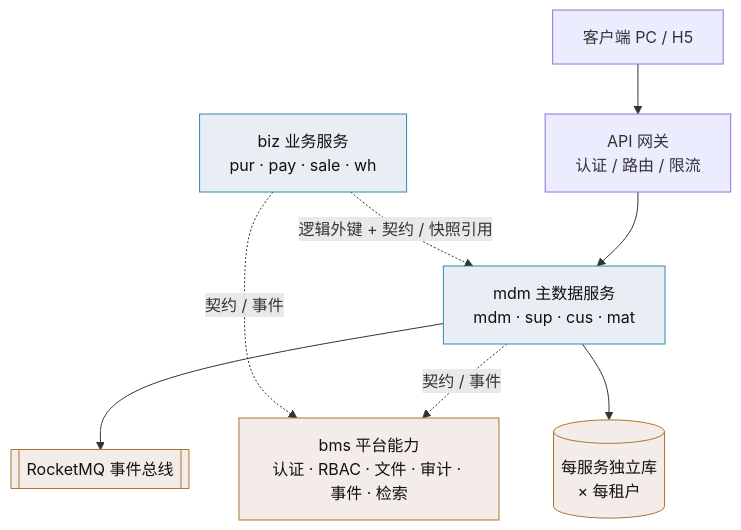
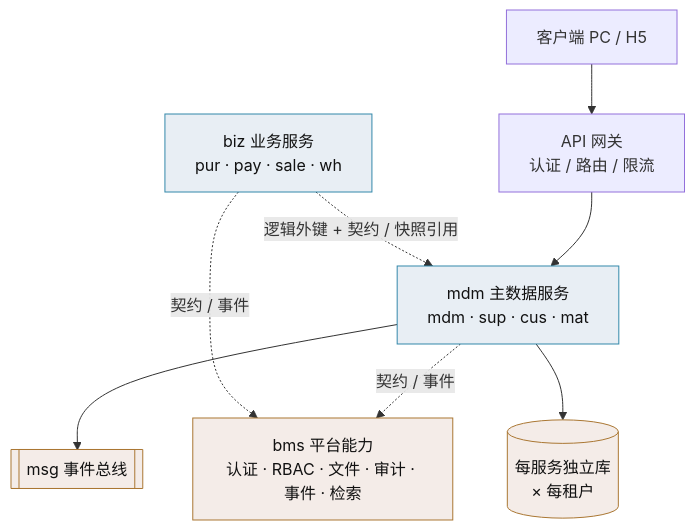
One commit to minjian123/master-data-management changed the diagram in mdm文档/设计/架构设计/01_架构设计_总览.md. Above: the diagram before and after it, drawn with Mermaid. The commit also changed 5 other files, not shown here.

Commit message:
docs(mdm): 事件总线口径改为自研 msg

````diff
--- a/mdm文档/设计/架构设计/01_架构设计_总览.md
+++ b/mdm文档/设计/架构设计/01_架构设计_总览.md
@@ -15,14 +15,14 @@
 ```mermaid
 flowchart TB
     C[客户端 PC / H5] --> GW["API 网关<br/>认证 / 路由 / 限流"]
     GW --> MDM["mdm 主数据服务<br/>mdm · sup · cus · mat"]
     BIZ["biz 业务服务<br/>pur · pay · sale · wh"] -. "逻辑外键 + 契约 / 快照引用" .-> MDM
     MDM -. "契约 / 事件" .-> PLAT["bms 平台能力<br/>认证 · RBAC · 文件 · 审计 · 事件 · 检索"]
     BIZ -. "契约 / 事件" .-> PLAT
-    MDM --> MQ[["RocketMQ 事件总线"]]
+    MDM --> MQ[["msg 事件总线"]]
     MDM --> DB[("每服务独立库<br/>× 每租户")]
     classDef svc fill:#e8eef4,stroke:#38a,color:#111
     classDef prod fill:#f4ece8,stroke:#a73,color:#111
     class MDM,BIZ svc
     class PLAT,MQ,DB prod
 ```
````
